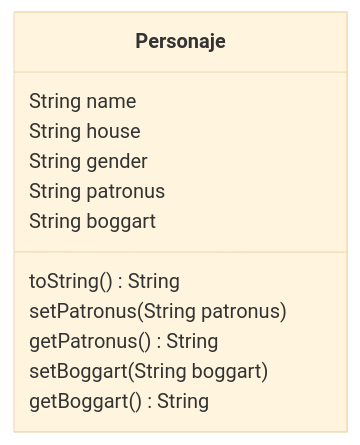
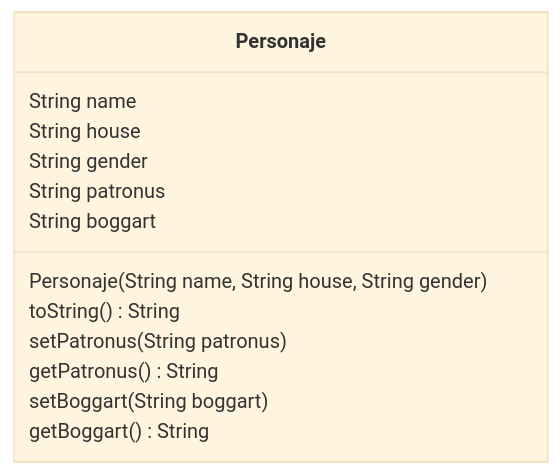
One commit to grayTurtle01/BackEndJava changed the diagram in 1_PracticaHarry/Readme.md. Above: the diagram before and after it, drawn with Mermaid (base theme).

````diff
--- a/1_PracticaHarry/Readme.md
+++ b/1_PracticaHarry/Readme.md
@@ -3,19 +3,20 @@
 ```mermaid
 classDiagram
 
 class Personaje{
   String name
   String house
   String gender
   String patronus
   String boggart
   
+  Personaje(String name, String house, String gender)
   toString() String
   setPatronus(String patronus)
   getPatronus() String
   setBoggart(String boggart)
   getBoggart() String
 }
 
 
 ```
````
